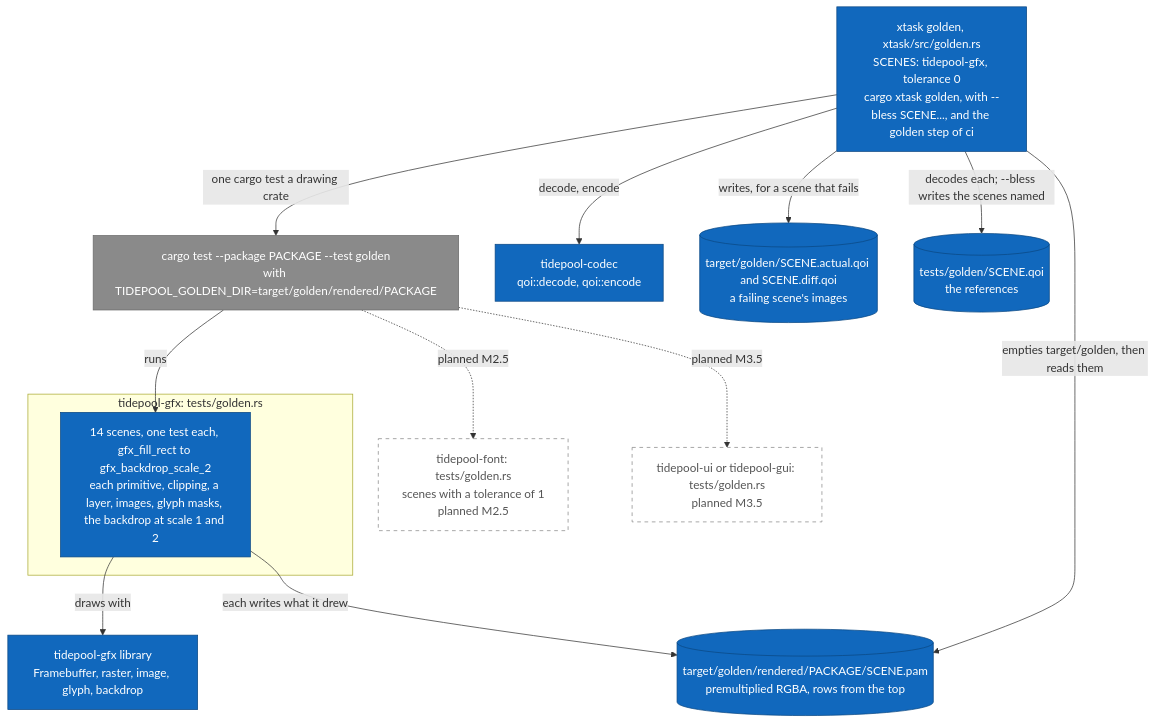
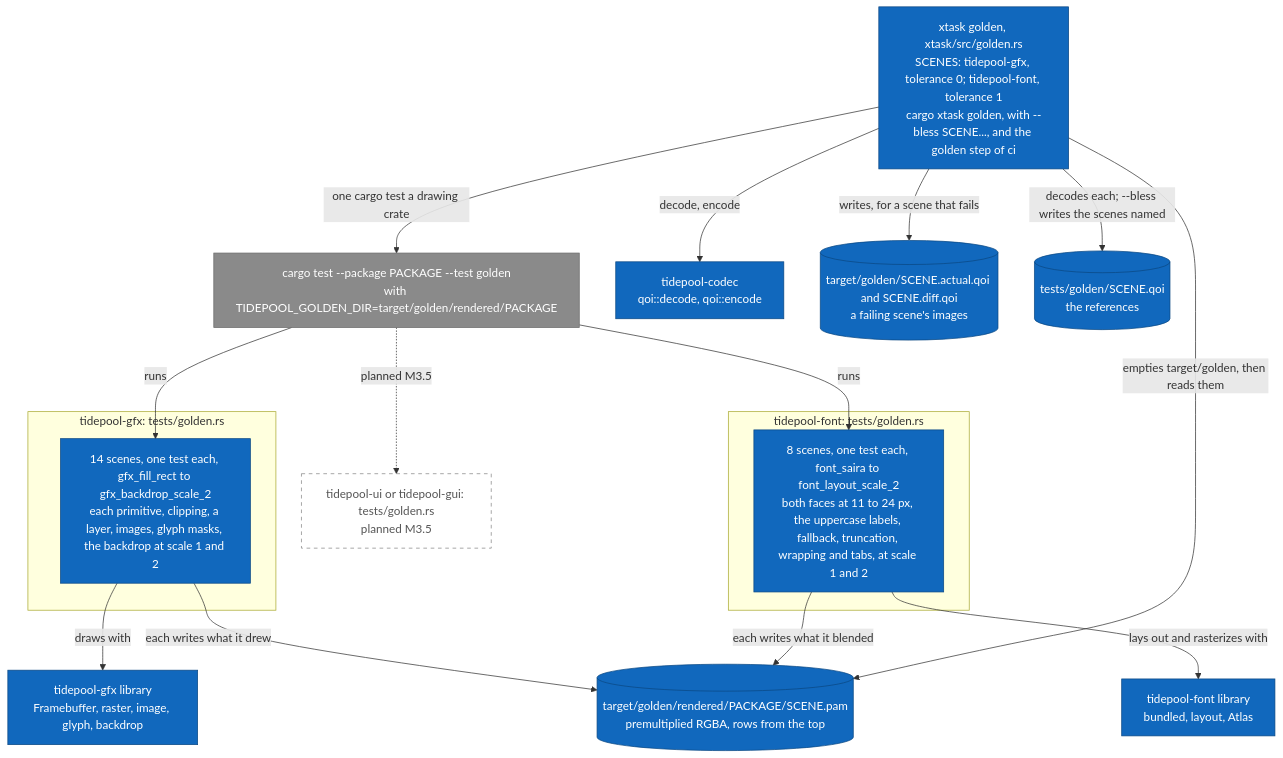
One commit to jabbott-iii/Tidepool changed diagram 17 of 17 in diagrams/c4-architecture.md. Above: the diagram before and after it, drawn with Mermaid. The commit also changed other lines of this file and 33 other files, not shown here.

First line of the commit message:
font: atlas, layout, fallback, bundled faces and glyph goldens (M2.5)

````diff
--- a/diagrams/c4-architecture.md
+++ b/diagrams/c4-architecture.md
@@ -943,35 +946,40 @@
 ```mermaid
 flowchart TB
-    c_golden["xtask golden, xtask/src/golden.rs<br/>SCENES: tidepool-gfx, tolerance 0<br/>cargo xtask golden, with --bless SCENE..., and the golden step of ci"]
+    c_golden["xtask golden, xtask/src/golden.rs<br/>SCENES: tidepool-gfx, tolerance 0; tidepool-font, tolerance 1<br/>cargo xtask golden, with --bless SCENE..., and the golden step of ci"]
     e_cargo["cargo test --package PACKAGE --test golden<br/>with TIDEPOOL_GOLDEN_DIR=target/golden/rendered/PACKAGE"]
     subgraph b_gfx["tidepool-gfx: tests/golden.rs"]
         t_scenes["14 scenes, one test each, gfx_fill_rect to gfx_backdrop_scale_2<br/>each primitive, clipping, a layer, images, glyph masks, the backdrop at scale 1 and 2"]
     end
-    t_font["tidepool-font: tests/golden.rs<br/>scenes with a tolerance of 1<br/>planned M2.5"]
+    subgraph b_font["tidepool-font: tests/golden.rs"]
+        t_font["8 scenes, one test each, font_saira to font_layout_scale_2<br/>both faces at 11 to 24 px, the uppercase labels, fallback, truncation, wrapping and tabs, at scale 1 and 2"]
+    end
+    k_font["tidepool-font library<br/>bundled, layout, Atlas"]
     t_ui["tidepool-ui or tidepool-gui: tests/golden.rs<br/>planned M3.5"]
     k_gfx["tidepool-gfx library<br/>Framebuffer, raster, image, glyph, backdrop"]
     k_codec["tidepool-codec<br/>qoi::decode, qoi::encode"]
     s_rendered[("target/golden/rendered/PACKAGE/SCENE.pam<br/>premultiplied RGBA, rows from the top")]
     s_images[("target/golden/SCENE.actual.qoi and SCENE.diff.qoi<br/>a failing scene's images")]
     s_refs[("tests/golden/SCENE.qoi<br/>the references")]
 
     c_golden -->|"one cargo test a drawing crate"| e_cargo
     e_cargo -->|"runs"| t_scenes
-    e_cargo -.->|"planned M2.5"| t_font
+    e_cargo -->|"runs"| t_font
     e_cargo -.->|"planned M3.5"| t_ui
     t_scenes -->|"draws with"| k_gfx
     t_scenes -->|"each writes what it drew"| s_rendered
+    t_font -->|"lays out and rasterizes with"| k_font
+    t_font -->|"each writes what it blended"| s_rendered
     c_golden -->|"empties target/golden, then reads them"| s_rendered
     c_golden -->|"decodes each; --bless writes the scenes named"| s_refs
     c_golden -->|"writes, for a scene that fails"| s_images
     c_golden -->|"decode, encode"| k_codec
 
     classDef built fill:#1168bd,stroke:#0b4884,color:#ffffff
     classDef external fill:#8a8a8a,stroke:#6b6b6b,color:#ffffff
     classDef planned fill:#ffffff,stroke:#888888,stroke-dasharray: 5 5,color:#555555
     classDef store fill:#1168bd,stroke:#0b4884,color:#ffffff
-    class c_golden,t_scenes,k_gfx,k_codec built
-    class t_font,t_ui planned
+    class c_golden,t_scenes,t_font,k_gfx,k_font,k_codec built
+    class t_ui planned
     class s_rendered,s_images,s_refs store
     class e_cargo external
 ```
````
